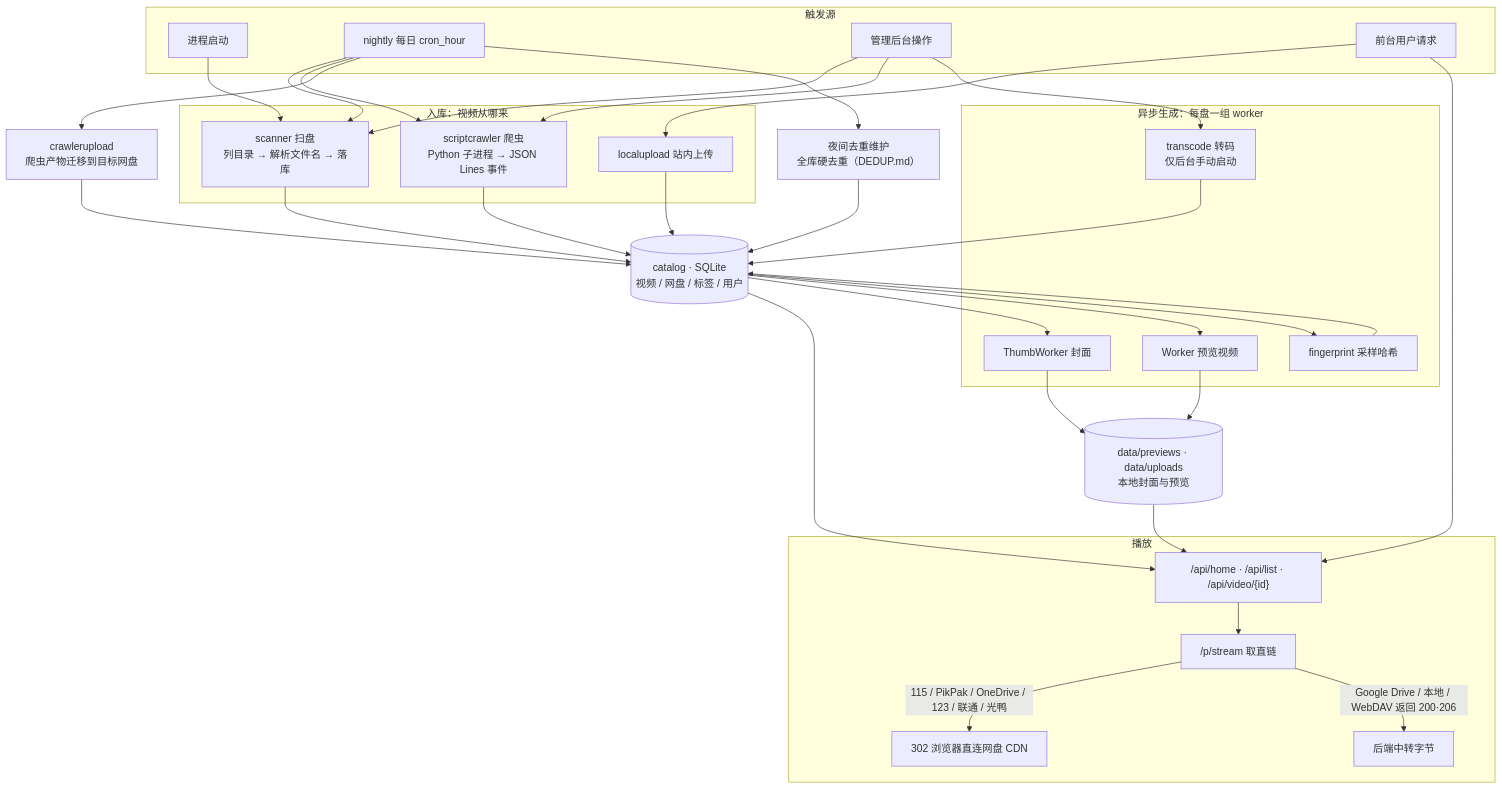
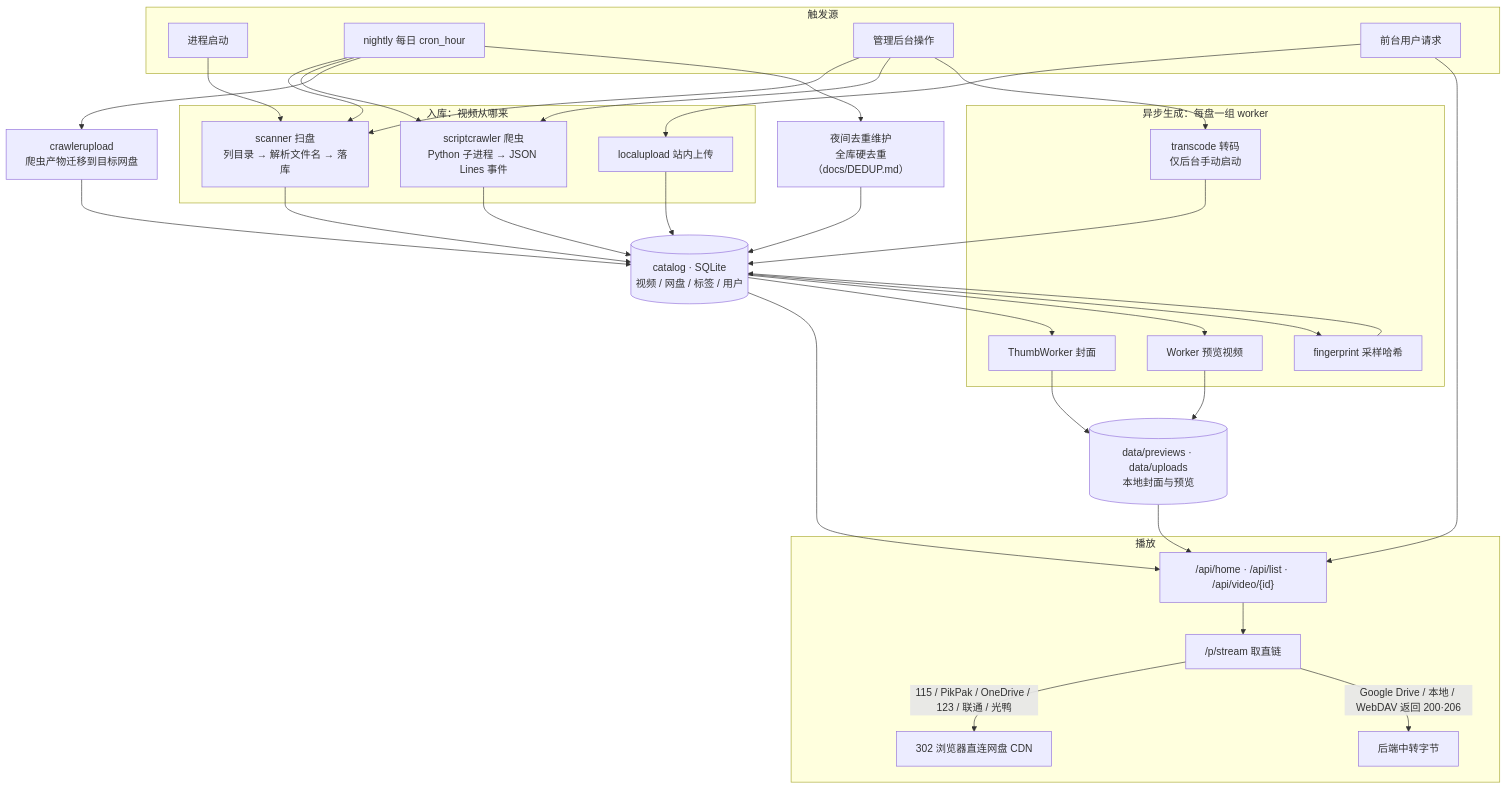
Before and after one commit to BAIBAIGE/91: the first of 3 diagrams in backend/README.md, drawn with Mermaid. The commit also changed other lines of this file and 5 other files, not shown here.

````diff
--- a/backend/README.md
+++ b/backend/README.md
@@ -144,67 +148,67 @@
 ```mermaid
 flowchart TB
     subgraph TRIG["触发源"]
         BOOT["进程启动"]
         CRON["nightly 每日 cron_hour"]
         ADMIN["管理后台操作"]
         USER["前台用户请求"]
     end
 
     subgraph INGEST["入库：视频从哪来"]
         SCAN["scanner 扫盘<br/>列目录 → 解析文件名 → 落库"]
         CRAWL["scriptcrawler 爬虫<br/>Python 子进程 → JSON Lines 事件"]
         UPLOAD["localupload 站内上传"]
     end
 
     CAT[("catalog · SQLite<br/>视频 / 网盘 / 标签 / 用户")]
 
     subgraph GEN["异步生成：每盘一组 worker"]
         THUMB["ThumbWorker 封面"]
         PREV["Worker 预览视频"]
         FP["fingerprint 采样哈希"]
         TRANS["transcode 转码<br/>仅后台手动启动"]
     end
 
     DISK[("data/previews · data/uploads<br/>本地封面与预览")]
 
     subgraph PLAY["播放"]
         LIST["/api/home · /api/list · /api/video/{id}"]
         PROXY["/p/stream 取直链"]
         R302["302 浏览器直连网盘 CDN"]
         RELAY["后端中转字节"]
     end
 
     MIG["crawlerupload<br/>爬虫产物迁移到目标网盘"]
-    DEDUP["夜间去重维护<br/>全库硬去重（DEDUP.md）"]
+    DEDUP["夜间去重维护<br/>全库硬去重（docs/DEDUP.md）"]
 
     BOOT --> SCAN
     CRON --> SCAN
     CRON --> CRAWL
     CRON --> MIG
     CRON --> DEDUP
     ADMIN --> SCAN
     ADMIN --> CRAWL
     ADMIN --> TRANS
     USER --> UPLOAD
     USER --> LIST
 
     SCAN --> CAT
     CRAWL --> CAT
     UPLOAD --> CAT
     MIG --> CAT
     DEDUP --> CAT
 
     CAT --> THUMB
     CAT --> PREV
     CAT --> FP
     THUMB --> DISK
     PREV --> DISK
     FP --> CAT
     TRANS --> CAT
 
     CAT --> LIST
     LIST --> PROXY
     PROXY -->|"115 / PikPak / OneDrive / 123 / 联通 / 光鸭"| R302
     PROXY -->|"Google Drive / 本地 / WebDAV 返回 200·206"| RELAY
     DISK --> LIST
 ```
````
